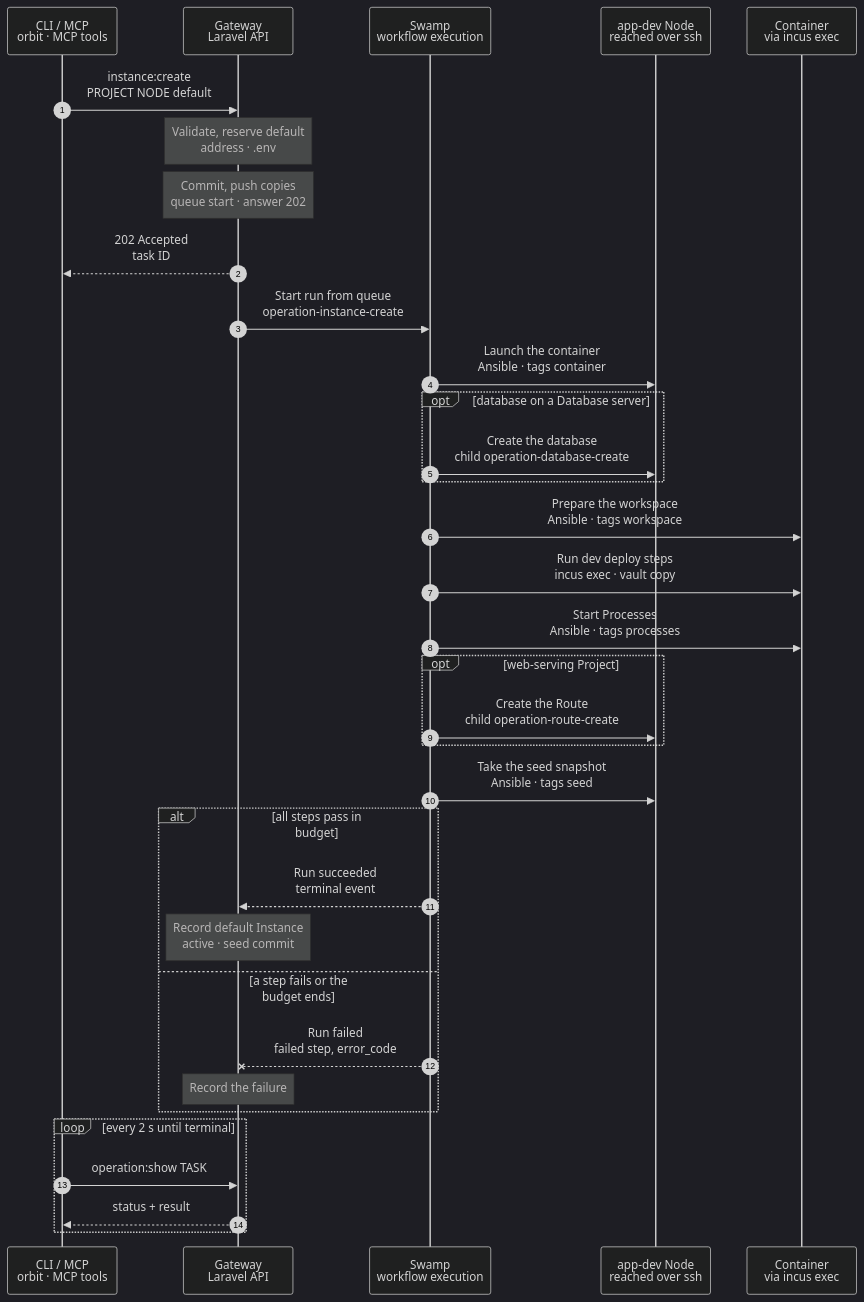
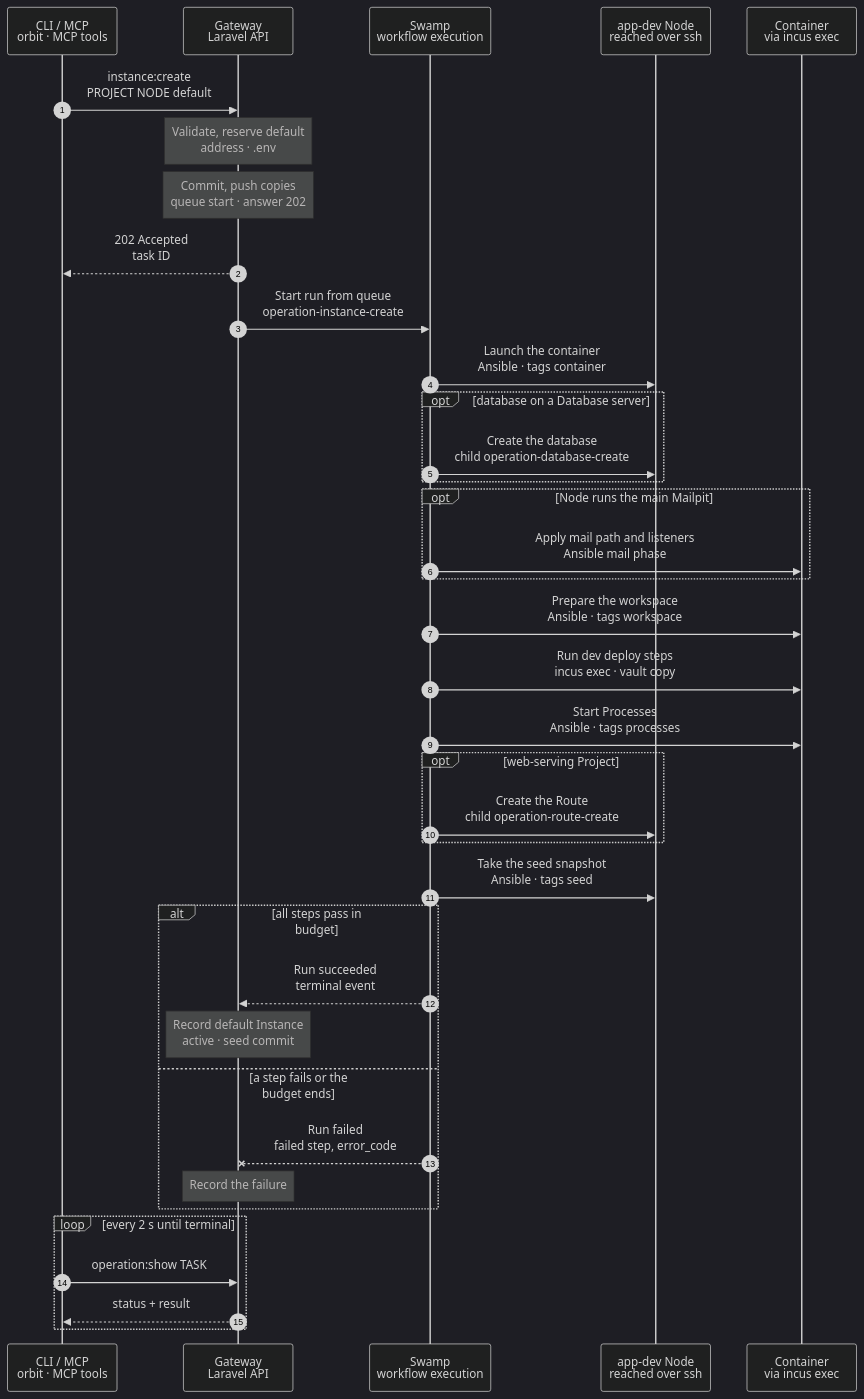
Before and after one commit to hardimpactdev/orbit: the diagram in docs/cli/instance/container/create-default.mmd, drawn with Mermaid (dark theme). The commit also changed 4 other files, not shown here.

Commit message:
docs(instance): specify SMTP path and loopback mail refresh

```diff
--- a/docs/cli/instance/container/create-default.mmd
+++ b/docs/cli/instance/container/create-default.mmd
@@ -1,79 +1,86 @@
 sequenceDiagram
   %% Target design, container runtime (ADR 0250 step 3, docs/reference/development-containers.md#the-default-instance): the Project's first default Instance on an app-dev Node, the only Instance built from scratch. It runs no T3; it is the clone source of the Project's other Instances. When the charts move into place, this becomes the first-default branch of container/create.mmd.
   %% status: draft
   %% command: instance:create PROJECT NODE default
   %% kind: instance.create
   autonumber
   %% lane CLI icon=terminal pill=caller tone=gray
   %% lane GW icon=gateway pill=intent tone=blue
   %% lane SW icon=workflow pill=executes tone=green
   %% lane N icon=server pill=target tone=amber
   %% lane C icon=server pill=target tone=purple
   participant CLI as CLI / MCP<br/>orbit · MCP tools
   participant GW as Gateway<br/>Laravel API
   participant SW as Swamp<br/>workflow execution
   participant N as app-dev Node<br/>reached over ssh
   participant C as Container<br/>via incus exec
   CLI->>GW: instance:create<br/>PROJECT NODE default
   %%> Command:
   %%> - `orbit instance:create PROJECT NODE default`
   %%> - a name equal to the Project's default branch also creates the `default` Instance
   Note over GW: Validate, reserve default<br/>address · .env
   %%> Requirements:
   %%> - the calling Node has node access to the target Node, an active `app-dev` Node
   %%> - the Project has no default Instance anywhere in the fleet; its other Instances are made on this Node
   %%> - a web-serving Project names its PHP version, and the runtime folder holds that static PHP build
   %%> Result:
   %%> - the default Instance is reserved with its runtime record and Route; it gets no T3 port
   %%> - `.env` is rendered from the Project's env template; a repository read token goes to the vault
   Note over GW: Commit, push copies<br/>queue start · answer 202
   GW-->>CLI: 202 Accepted<br/>task ID
   GW->>SW: Start run from queue<br/>operation-instance-create
   SW->>N: Launch the container<br/>Ansible · tags container
   %%> What it does:
   %%> - `incus init` from the Node's image `orbit-instance` with the reserved bridge address, then `incus start`; the project's profile gives `security.port_isolation` and the idmapped, read-only shared folders
   %%> - the NIC carries `orbitinst0-proxy` and the container's own ACL, which lets only the Node's Caddy reach port 8080; `orbitinst0-egress` stays on the bridge only
   %%> - the agent folder is mounted too, so its clones have it; nothing in the default runs from it
   %%> - fetches the default branch into the Node's mirror with the read token; the token stays on the Node
   opt database on a Database server
     SW->>N: Create the database<br/>child operation-database-create
     %%> What it does:
     %%> - the database family creates the owner and the database on the Project's database server, on this Node or another
     %%> - needs the container's database rule; without it the admission refuses `operation.kind_unavailable`
   end
+  opt Node runs the main Mailpit
+    SW->>C: Apply mail path and listeners<br/>Ansible mail phase
+    %%> Why:
+    %%> - the exact own-ACL SMTP rule and additive bridge endpoint reach Mailpit without a Node converge
+    %%> When:
+    %%> - two IPv4 loopback sockets forward 1025 and 2525; a foreign listener skips setup without stopping its Process
+  end
   SW->>C: Prepare the workspace<br/>Ansible · tags workspace
   %%> What it does:
   %%> - pushes the default branch in as a bundle and checks it out in `/srv/workspace` as `orbit`, with the group, setgid bits and default ACLs
   %%> - writes `.env` for `orbit` with group `work`; writes no `/etc/orbit/instance`, so T3 never starts here
   SW->>C: Run dev deploy steps<br/>incus exec · vault copy
   %%> What it does:
   %%> - the Project's development deploy steps, as `orbit`, in list order: they install dependencies and migrate
   %%> - the runtime folder supplies `php`, `composer`, Node and Bun; dependency downloads use the container egress model
   SW->>C: Start Processes<br/>Ansible · tags processes
   %%> What it does:
   %%> - FrankenPHP starts as the `orbit` unit `orbit-frankenphp.service` on port 8080 of the bridge address
   %%> - writes the shared FrankenPHP Caddyfile: only the Node's bridge peer with `X-Forwarded-Proto: https` sets PHP's HTTPS scheme, port and resolved client IP; other requests keep native values
   %%> - starts use nonblocking systemd jobs, then a bounded readiness check for each running unit; container Process units order after `network.target`
   %%> - the Project's development Processes start as `orbit-process-<id>-<name>.service` units, as `orbit`; each environment file comes from the vault, root only
   %%> - a Process whose desired state is stopped is installed, not started
   opt web-serving Project
     SW->>N: Create the Route<br/>child operation-route-create
   end
   SW->>N: Take the seed snapshot<br/>Ansible · tags seed
   %%> What it does:
   %%> - stops the Processes for a moment and snapshots the container as `seed-<commit>`, which clones copy
   alt all steps pass in budget
     SW-->>GW: Run succeeded<br/>terminal event
     Note over GW: Record default Instance<br/>active · seed commit
     %%> Result:
     %%> - the default Instance is active and its container runs; the runtime records the seed commit
   else a step fails or the budget ends
     SW--xGW: Run failed<br/>failed step, error_code
     %%> What stays:
     %%> - the stopped container with its workspace, marked failed; the same command resumes it
     Note over GW: Record the failure
   end
   loop every 2 s until terminal
     CLI->>GW: operation:show TASK
     GW-->>CLI: status + result
   end
```
